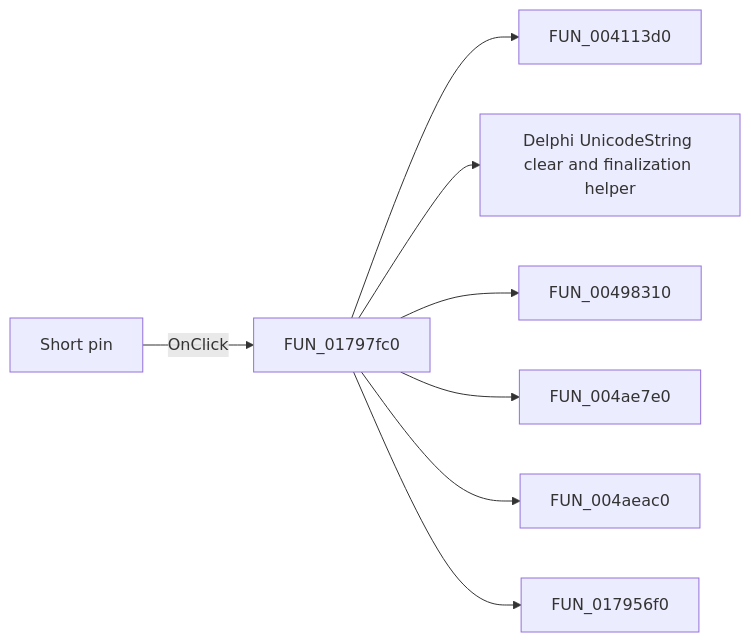
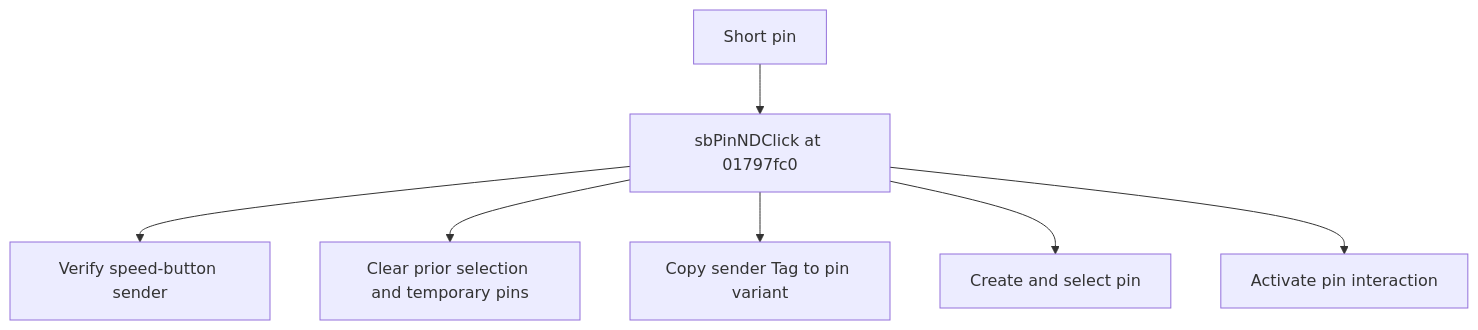
Before and after one commit to MovGP0/TIARA: the diagram in docs/ui-controls/shapeedit/sbpinmini-3db4758a26.md, drawn with Mermaid. The commit also changed other lines of this file and 1062 other files, not shown here.

````diff
--- a/docs/ui-controls/shapeedit/sbpinmini-3db4758a26.md
+++ b/docs/ui-controls/shapeedit/sbpinmini-3db4758a26.md
@@ -27,10 +27,9 @@
 ```mermaid
-flowchart LR
-    control["Short pin"] -->|OnClick| handler["FUN_01797fc0"]
-    handler --> call1["FUN_004113d0"]
-    handler --> call2["Delphi UnicodeString clear and finalization helper"]
-    handler --> call3["FUN_00498310"]
-    handler --> call4["FUN_004ae7e0"]
-    handler --> call5["FUN_004aeac0"]
-    handler --> call6["FUN_017956f0"]
+flowchart TD
+    control["Short pin"] --> handler["sbPinNDClick at 01797fc0"]
+    handler --> step1["Verify speed-button sender"]
+    handler --> step2["Clear prior selection and temporary pins"]
+    handler --> step3["Copy sender Tag to pin variant"]
+    handler --> step4["Create and select pin"]
+    handler --> step5["Activate pin interaction"]
 ```
````
